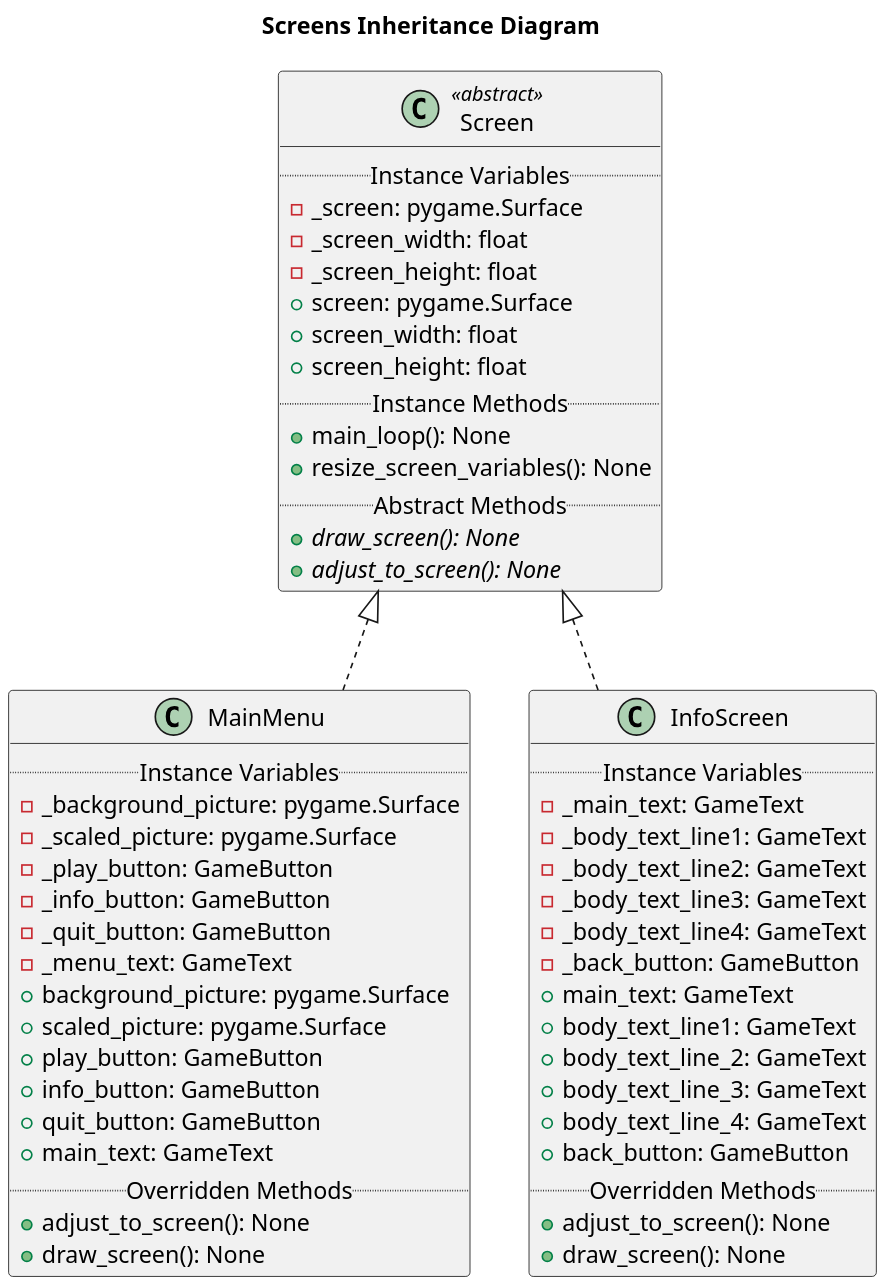
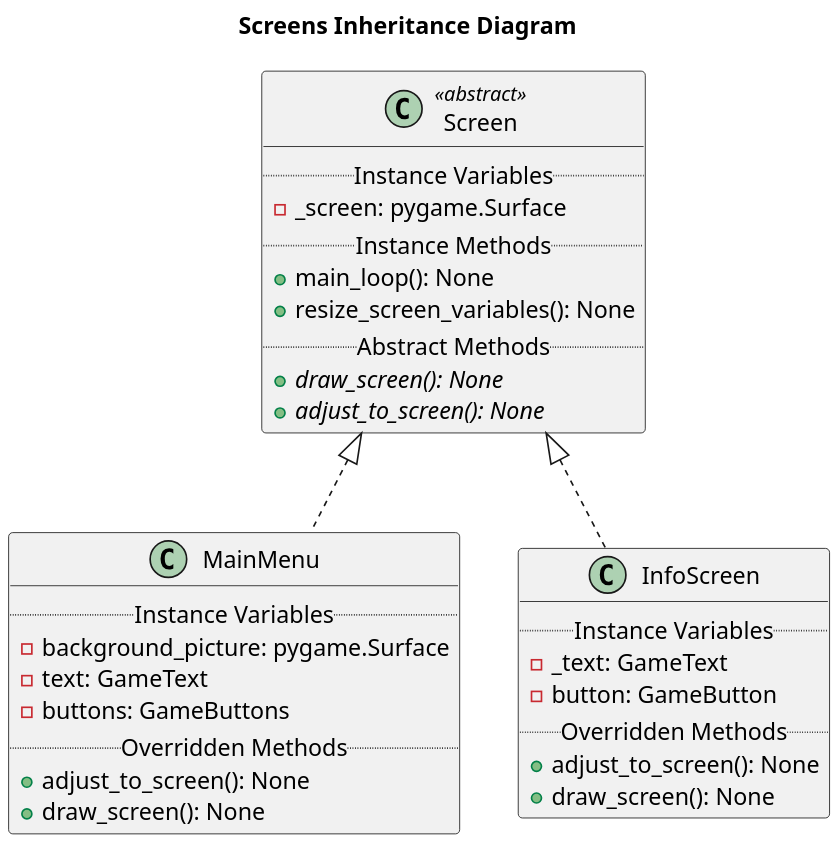
Before and after one commit to kmerickson/OOP-PuzzleMaze: the diagram in Puzzle_Maze/uml/screens/screens.plantuml, drawn with PlantUML. The commit also changed 20 other files, not shown here.

Commit message:
added new uml diagrams

```diff
--- a/Puzzle_Maze/uml/screens/screens.plantuml
+++ b/Puzzle_Maze/uml/screens/screens.plantuml
@@ -1,58 +1,34 @@
 @startuml
 scale 2
 title "Screens Inheritance Diagram"
     class Screen  <<abstract>>{
     ..Instance Variables..
     - _screen: pygame.Surface
-    - _screen_width: float
-    - _screen_height: float
-    + screen: pygame.Surface
-    + screen_width: float
-    + screen_height: float
     ..Instance Methods..
     + main_loop(): None
     + resize_screen_variables(): None
     ..Abstract Methods..
     {abstract} + draw_screen(): None
     {abstract} + adjust_to_screen(): None
 }
 
 class MainMenu implements Screen{
     ..Instance Variables..
-    - _background_picture: pygame.Surface
-    - _scaled_picture: pygame.Surface
-    - _play_button: GameButton
-    - _info_button: GameButton
-    - _quit_button: GameButton
-    - _menu_text: GameText
-    + background_picture: pygame.Surface
-    + scaled_picture: pygame.Surface
-    + play_button: GameButton
-    + info_button: GameButton
-    + quit_button: GameButton
-    + main_text: GameText
+    - background_picture: pygame.Surface
+    - text: GameText
+    - buttons: GameButtons
     ..Overridden Methods..
     + adjust_to_screen(): None
     + draw_screen(): None
 }
 
 class InfoScreen implements Screen{
     ..Instance Variables..
-    - _main_text: GameText
-    - _body_text_line1: GameText
-    - _body_text_line2: GameText
-    - _body_text_line3: GameText
-    - _body_text_line4: GameText
-    - _back_button: GameButton
-    + main_text: GameText
-    + body_text_line1: GameText
-    + body_text_line_2: GameText
-    + body_text_line_3: GameText
-    + body_text_line_4: GameText
-    + back_button: GameButton
+    - _text: GameText
+    - button: GameButton
     ..Overridden Methods..
     + adjust_to_screen(): None
     + draw_screen(): None
 }
 
 @enduml
```
